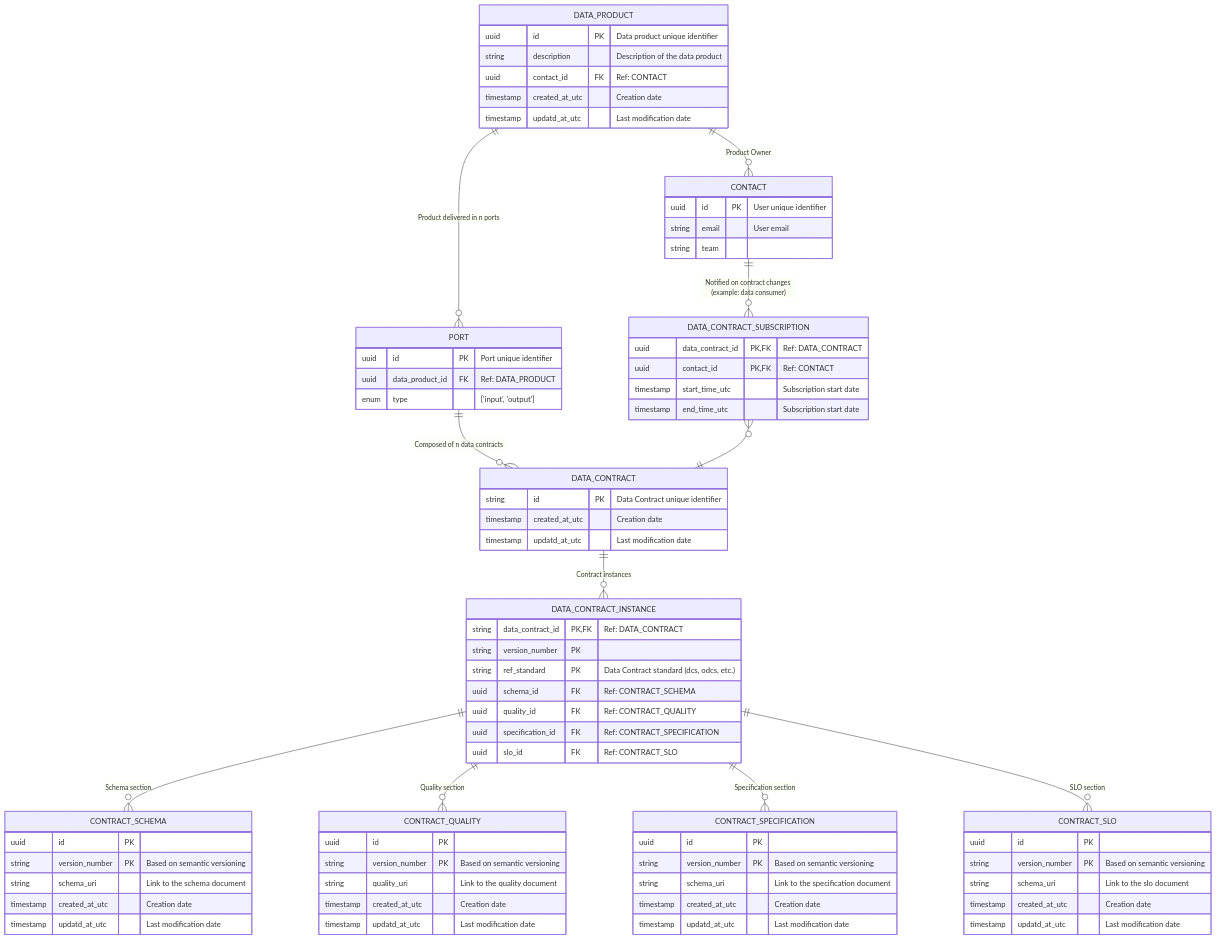
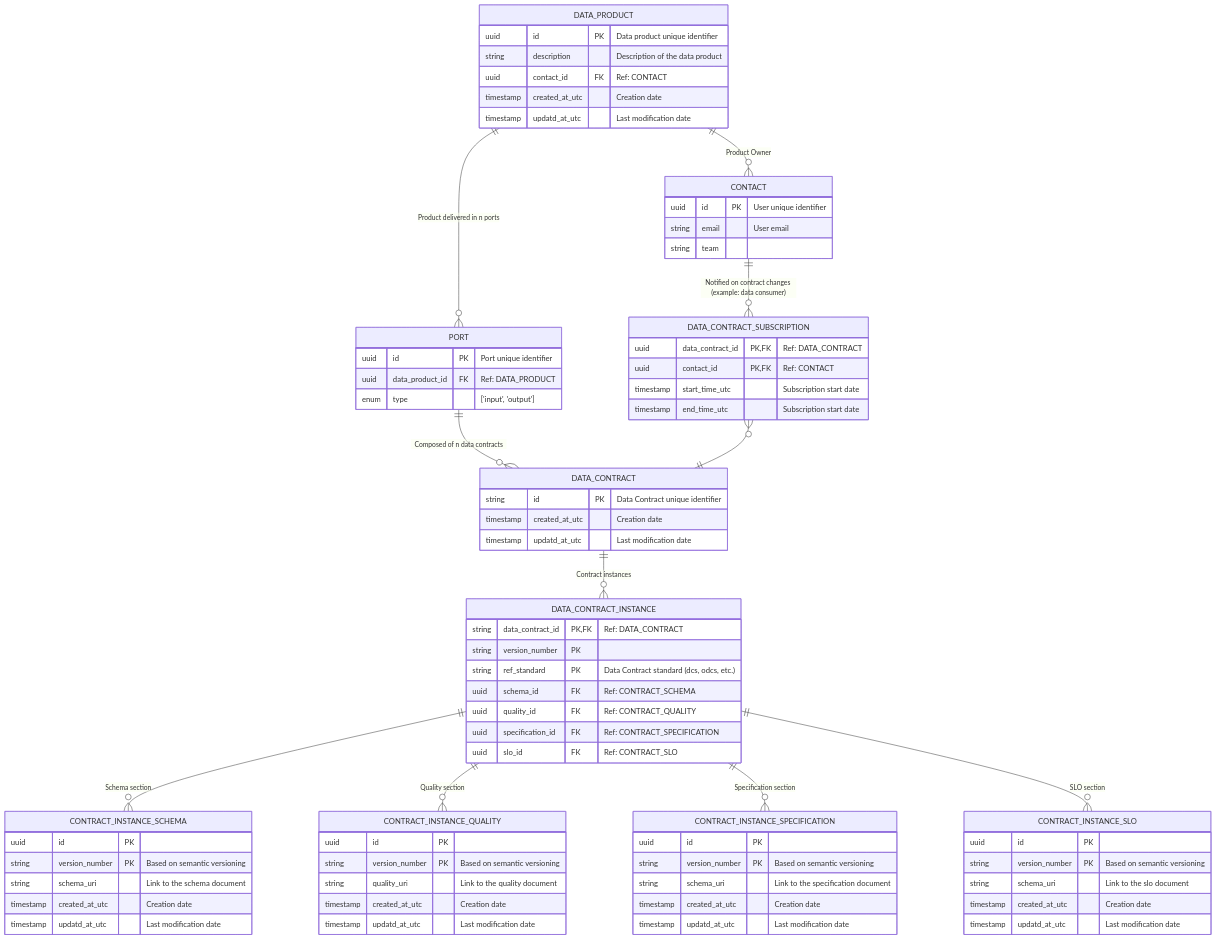
Before and after one commit to monmaya/base-impl: the diagram in docs/relational_model.md, drawn with Mermaid.

```diff
--- a/docs/relational_model.md
+++ b/docs/relational_model.md
@@ -50,28 +50,28 @@
         string team
     }
 
-    CONTRACT_SCHEMA {
+    CONTRACT_INSTANCE_SCHEMA {
         uuid id PK    
         string version_number PK "Based on semantic versioning"
         string schema_uri "Link to the schema document"
         timestamp created_at_utc "Creation date"
         timestamp updatd_at_utc "Last modification date"
     }
-    CONTRACT_QUALITY {
+    CONTRACT_INSTANCE_QUALITY {
         uuid id PK    
         string version_number PK "Based on semantic versioning"
         string quality_uri "Link to the quality document"
         timestamp created_at_utc "Creation date"
         timestamp updatd_at_utc "Last modification date"
     }
-    CONTRACT_SPECIFICATION {
+    CONTRACT_INSTANCE_SPECIFICATION {
         uuid id PK    
         string version_number PK "Based on semantic versioning"
         string schema_uri "Link to the specification document"
         timestamp created_at_utc "Creation date"
         timestamp updatd_at_utc "Last modification date"
     }
-    CONTRACT_SLO {
+    CONTRACT_INSTANCE_SLO {
         uuid id PK    
         string version_number PK "Based on semantic versioning"
         string schema_uri "Link to the slo document"
@@ -85,10 +85,10 @@
     PORT ||--o{ DATA_CONTRACT : "Composed of n data contracts"
     DATA_CONTRACT ||--o{ DATA_CONTRACT_INSTANCE : "Contract instances"
 
-    DATA_CONTRACT_INSTANCE ||--o{ CONTRACT_SCHEMA : "Schema section"
-    DATA_CONTRACT_INSTANCE ||--o{ CONTRACT_QUALITY : "Quality section"
-    DATA_CONTRACT_INSTANCE ||--o{ CONTRACT_SPECIFICATION : "Specification section"
-    DATA_CONTRACT_INSTANCE ||--o{ CONTRACT_SLO : "SLO section"
+    DATA_CONTRACT_INSTANCE ||--o{ CONTRACT_INSTANCE_SCHEMA : "Schema section"
+    DATA_CONTRACT_INSTANCE ||--o{ CONTRACT_INSTANCE_QUALITY : "Quality section"
+    DATA_CONTRACT_INSTANCE ||--o{ CONTRACT_INSTANCE_SPECIFICATION : "Specification section"
+    DATA_CONTRACT_INSTANCE ||--o{ CONTRACT_INSTANCE_SLO : "SLO section"
 
     DATA_CONTRACT_SUBSCRIPTION }o--|| DATA_CONTRACT : ""
     CONTACT ||--o{ DATA_CONTRACT_SUBSCRIPTION : "Notified on contract changes (example: data consumer)"
```
